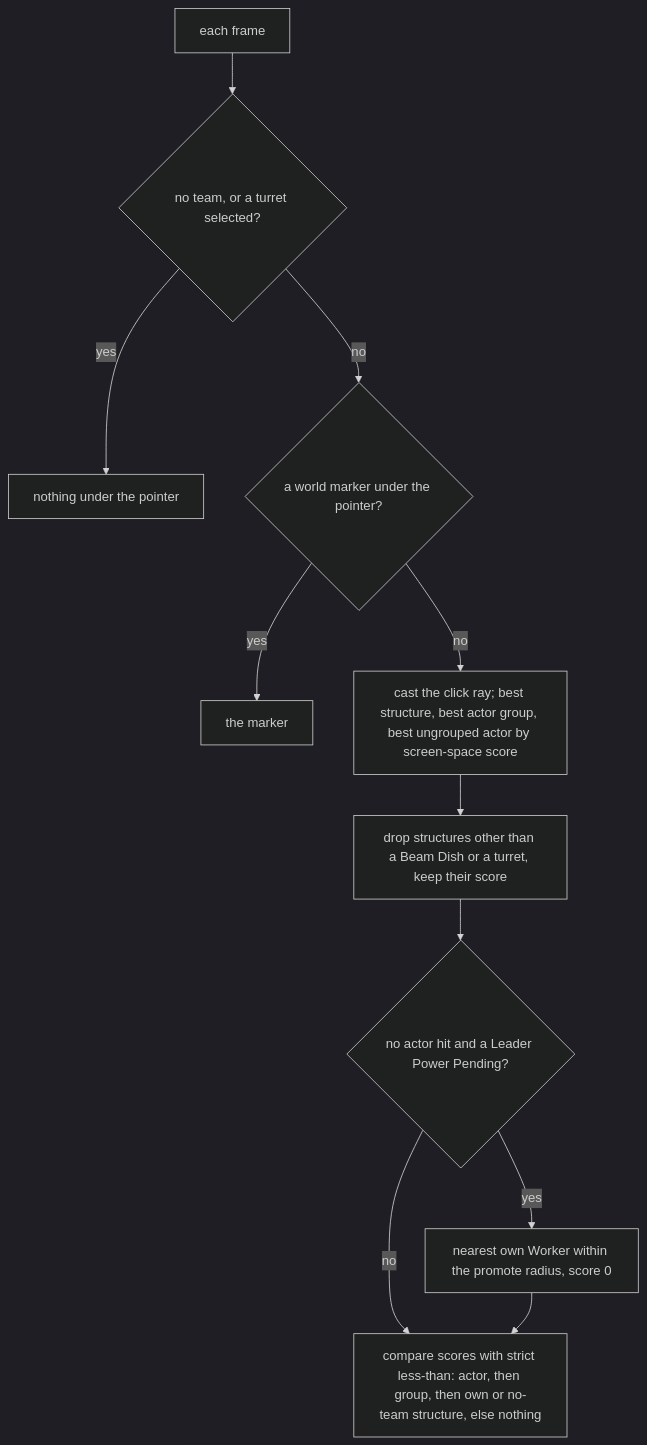
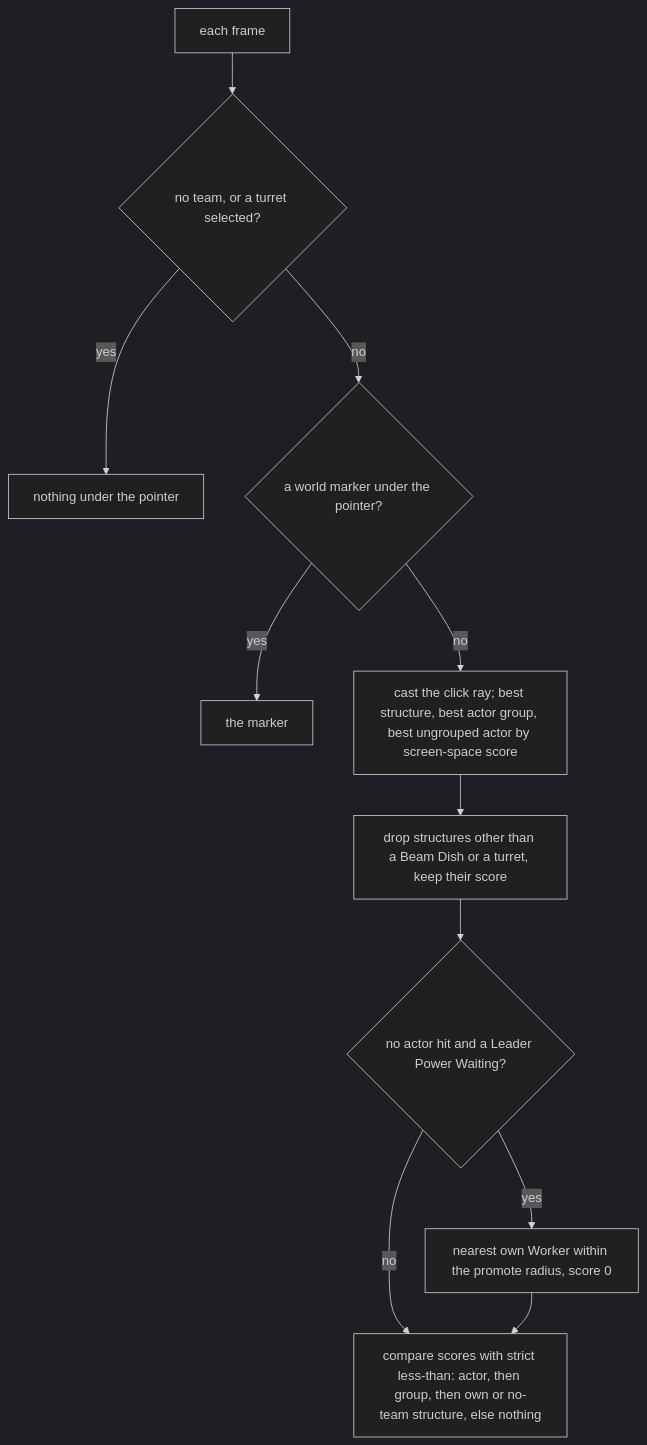
The second of 2 diagrams in design_next/reference/06_controls_camera_and_commands/actions_and_bindings.md (Zwaliebaba/Species.AI), drawn with Mermaid (dark theme) before and after one commit. The commit also changed other lines of this file and 16 other files, not shown here.

````diff
--- a/design_next/reference/06_controls_camera_and_commands/actions_and_bindings.md
+++ b/design_next/reference/06_controls_camera_and_commands/actions_and_bindings.md
@@ -340,13 +340,13 @@
 ```mermaid
 flowchart TD
     S["each frame"] --> N{"no team, or a turret selected?"}
     N -- yes --> N1["nothing under the pointer"]
     N -- no --> M{"a world marker under the pointer?"}
     M -- yes --> M1["the marker"]
     M -- no --> R["cast the click ray; best structure, best actor group, best ungrouped actor by screen-space score"]
     R --> D["drop structures other than a Beam Dish or a turret, keep their score"]
-    D --> L{"no actor hit and a Leader Power Pending?"}
+    D --> L{"no actor hit and a Leader Power Waiting?"}
     L -- yes --> L1["nearest own Worker within the promote radius, score 0"]
     L -- no --> C
     L1 --> C["compare scores with strict less-than: actor, then group, then own or no-team structure, else nothing"]
 ```
````
